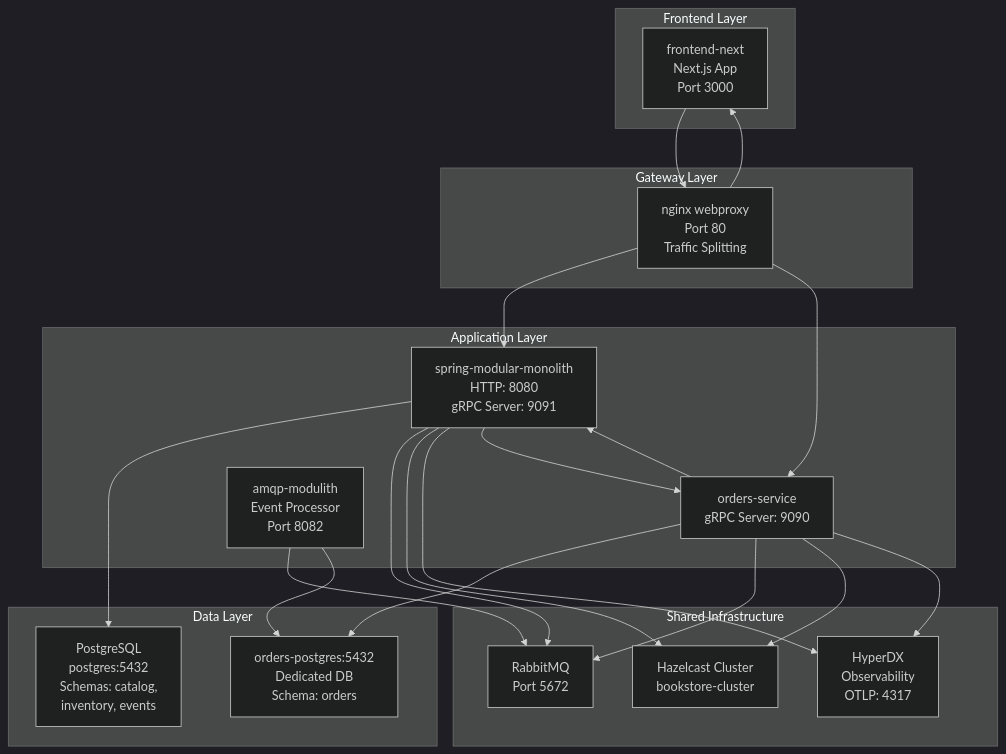
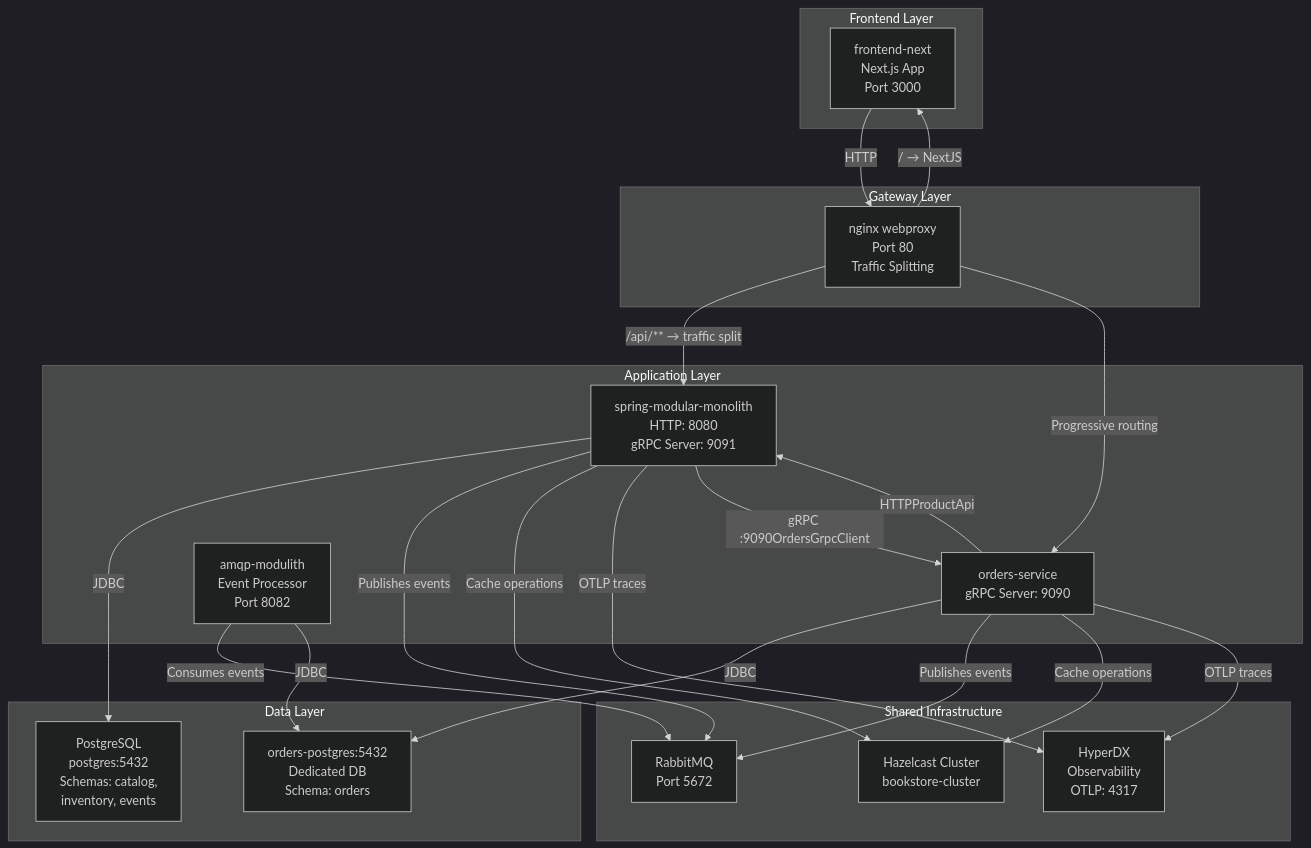
One commit to philipz/spring-modular-monolith changed the first of 7 diagrams in docs/deepwiki/Orders-Microservice-Extraction.md. Above: the diagram before and after it, drawn with Mermaid (dark theme). The commit also changed other lines of this file and 55 other files, not shown here.

````diff
--- a/docs/deepwiki/Orders-Microservice-Extraction.md
+++ b/docs/deepwiki/Orders-Microservice-Extraction.md
@@ -58,56 +58,56 @@
 ```mermaid
 flowchart TD
 
 NextJS["frontend-next<br>Next.js App<br>Port 3000"]
 Nginx["nginx webproxy<br>Port 80<br>Traffic Splitting"]
 Monolith["spring-modular-monolith<br>HTTP: 8080<br>gRPC Server: 9091"]
 OrdersSvc["orders-service<br>gRPC Server: 9090"]
 AMQPMod["amqp-modulith<br>Event Processor<br>Port 8082"]
 Hazelcast["Hazelcast Cluster<br>bookstore-cluster"]
 RabbitMQ["RabbitMQ<br>Port 5672"]
 HyperDX["HyperDX<br>Observability<br>OTLP: 4317"]
 PostgresMain["PostgreSQL<br>postgres:5432<br>Schemas: catalog,<br>inventory, events"]
 PostgresOrders["orders-postgres:5432<br>Dedicated DB<br>Schema: orders"]
 
-NextJS --> Nginx
-Nginx --> NextJS
-Nginx --> Monolith
-Nginx --> OrdersSvc
-Monolith --> PostgresMain
-Monolith --> RabbitMQ
-Monolith --> Hazelcast
-Monolith --> HyperDX
-OrdersSvc --> PostgresOrders
-OrdersSvc --> RabbitMQ
-OrdersSvc --> Hazelcast
-OrdersSvc --> HyperDX
-AMQPMod --> RabbitMQ
-AMQPMod --> PostgresOrders
+NextJS -->|"HTTP"| Nginx
+Nginx -->|"/ → NextJS"| NextJS
+Nginx -->|"/api/** → traffic split"| Monolith
+Nginx -->|"Progressive routing"| OrdersSvc
+Monolith -->|"JDBC"| PostgresMain
+Monolith -->|"Publishes events"| RabbitMQ
+Monolith -->|"Cache operations"| Hazelcast
+Monolith -->|"OTLP traces"| HyperDX
+OrdersSvc -->|"JDBC"| PostgresOrders
+OrdersSvc -->|"Publishes events"| RabbitMQ
+OrdersSvc -->|"Cache operations"| Hazelcast
+OrdersSvc -->|"OTLP traces"| HyperDX
+AMQPMod -->|"Consumes events"| RabbitMQ
+AMQPMod -->|"JDBC"| PostgresOrders
 
 subgraph subGraph4 ["Data Layer"]
     PostgresMain
     PostgresOrders
 end
 
 subgraph subGraph3 ["Shared Infrastructure"]
     Hazelcast
     RabbitMQ
     HyperDX
 end
 
 subgraph subGraph2 ["Application Layer"]
     Monolith
     OrdersSvc
     AMQPMod
-    Monolith --> OrdersSvc
-    OrdersSvc --> Monolith
+    Monolith -->|"gRPC :9090OrdersGrpcClient"| OrdersSvc
+    OrdersSvc -->|"HTTPProductApi"| Monolith
 end
 
 subgraph subGraph1 ["Gateway Layer"]
     Nginx
 end
 
 subgraph subGraph0 ["Frontend Layer"]
     NextJS
 end
 ```
````
